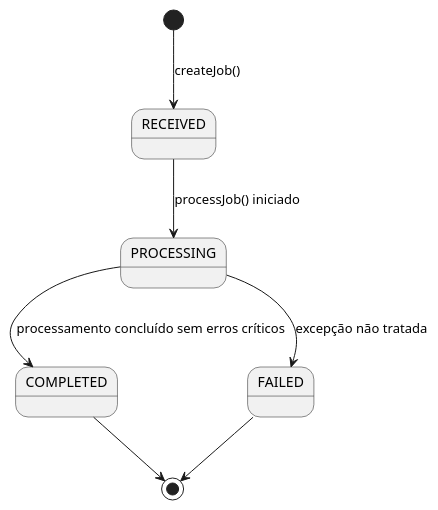
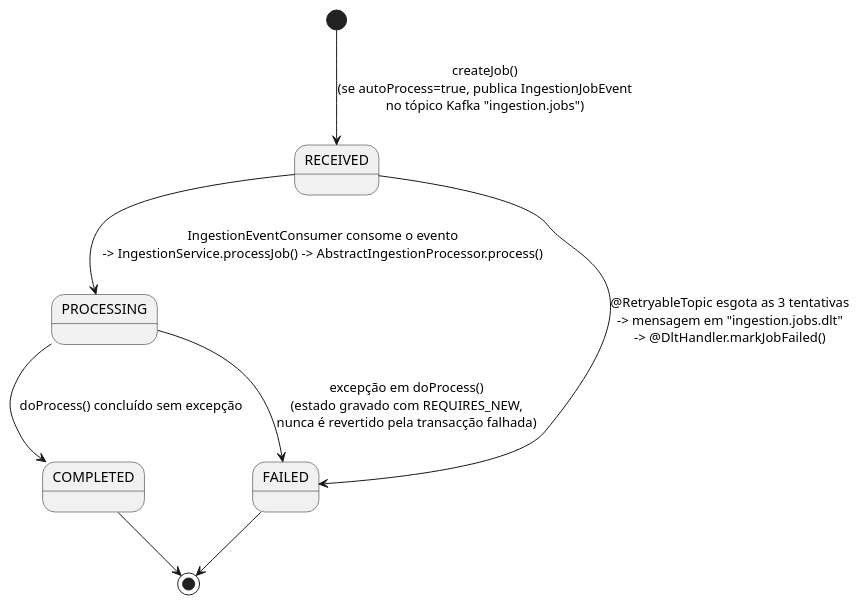
The diagram in docs/plantuml/15-state-ingestion-job.puml (paulo-uab/salesPrevision), drawn with PlantUML before and after one commit. The commit also changed 48 other files, not shown here.

```diff
--- a/docs/plantuml/15-state-ingestion-job.puml
+++ b/docs/plantuml/15-state-ingestion-job.puml
@@ -1,8 +1,11 @@
 @startuml ingestion-states
-[*] --> RECEIVED : createJob()
-RECEIVED --> PROCESSING : processJob() iniciado
-PROCESSING --> COMPLETED : processamento concluído sem erros críticos
-PROCESSING --> FAILED : excepção não tratada
+' IngestionStatus (core) values confirmed unchanged: RECEIVED, PROCESSING,
+' FAILED, COMPLETED — no new states.
+[*] --> RECEIVED : createJob()\n(se autoProcess=true, publica IngestionJobEvent\nno tópico Kafka "ingestion.jobs")
+RECEIVED --> PROCESSING : IngestionEventConsumer consome o evento\n-> IngestionService.processJob() -> AbstractIngestionProcessor.process()
+PROCESSING --> COMPLETED : doProcess() concluído sem excepção
+PROCESSING --> FAILED : excepção em doProcess()\n(estado gravado com REQUIRES_NEW,\nnunca é revertido pela transacção falhada)
+RECEIVED --> FAILED : @RetryableTopic esgota as 3 tentativas\n-> mensagem em "ingestion.jobs.dlt"\n-> @DltHandler.markJobFailed()
 COMPLETED --> [*]
 FAILED --> [*]
 @enduml
```
